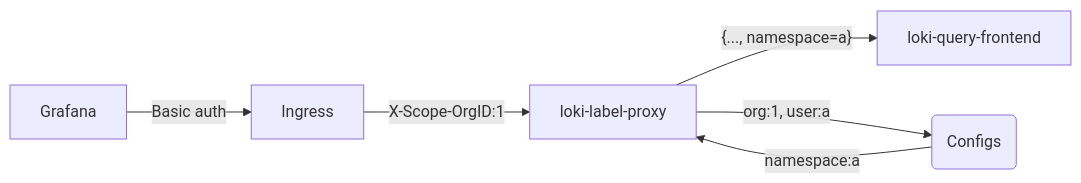
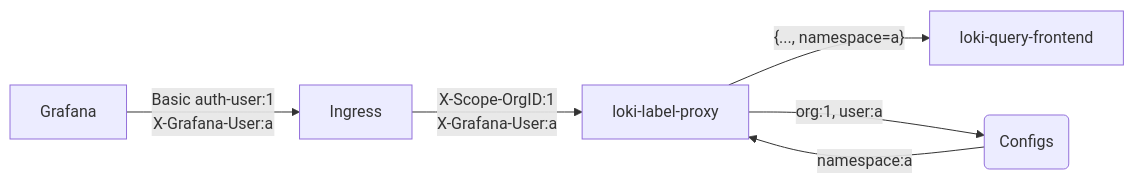
One commit to sepich/loki-label-proxy changed the diagram in Readme.md. Above: the diagram before and after it, drawn with Mermaid.

Commit message:
Update diagram

````diff
--- a/Readme.md
+++ b/Readme.md
@@ -7,6 +7,6 @@
 ```mermaid
 flowchart LR
-Grafana -->|Basic auth| Ingress -->|X-Scope-OrgID:1| loki-label-proxy -->|"{..., namespace=a}"| loki-query-frontend
+Grafana -->|Basic auth-user:1\nX-Grafana-User:a| Ingress -->|X-Scope-OrgID:1\nX-Grafana-User:a| loki-label-proxy -->|"{..., namespace=a}"| loki-query-frontend
 loki-label-proxy -->|org:1, user:a| C(Configs)
 C -->|namespace:a| loki-label-proxy
 ```
````
